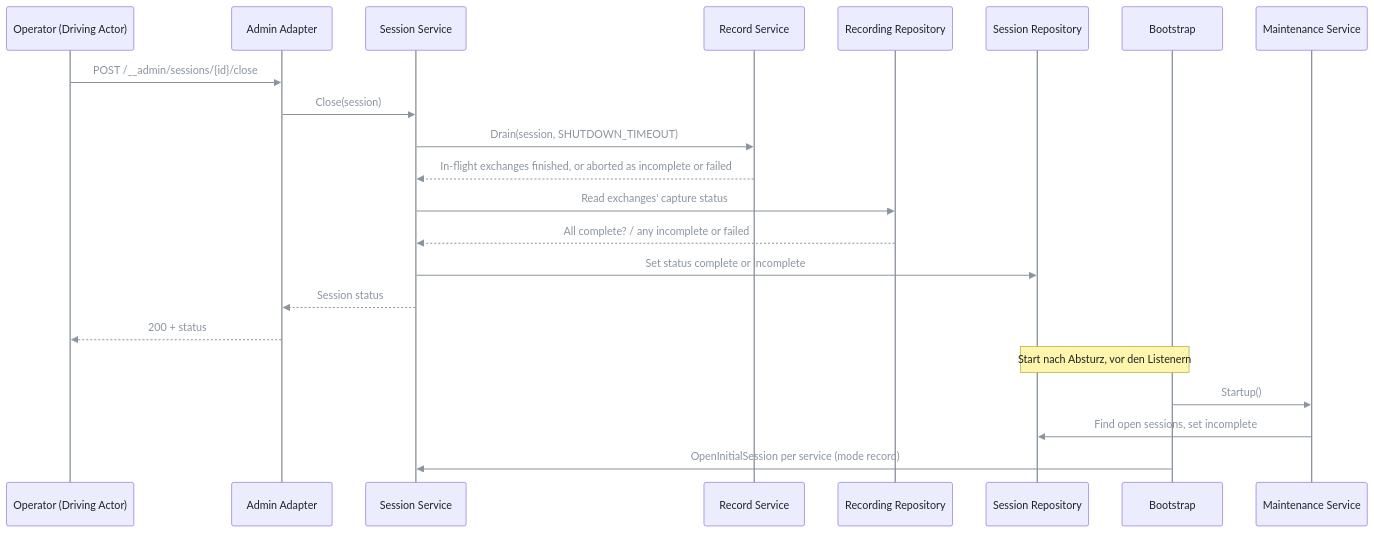
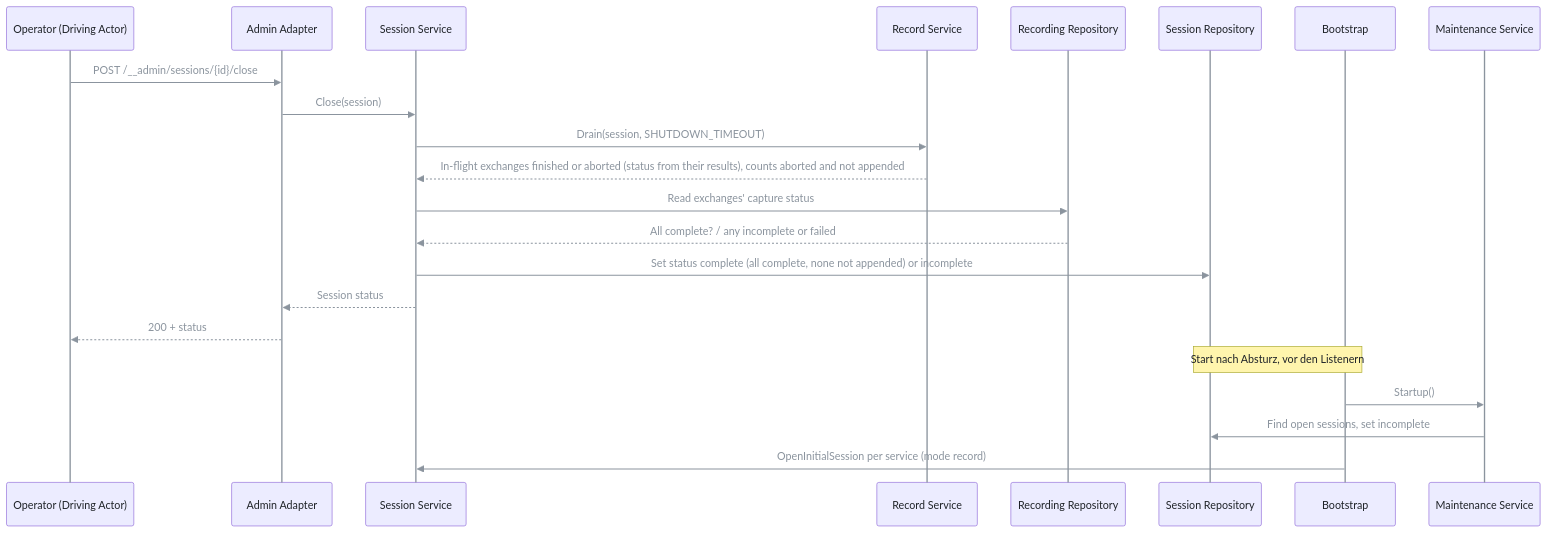
Before and after one commit to pt9912/odata-recorder: diagram 11 of 11 in spec/architecture.md, drawn with Mermaid. The commit also changed other lines of this file and 7 other files, not shown here.

````diff
--- a/spec/architecture.md
+++ b/spec/architecture.md
@@ -538,25 +538,25 @@
 ```mermaid
 %%{init: {'themeVariables': {'lineColor': '#8b949e', 'signalColor': '#8b949e', 'signalTextColor': '#8b949e', 'actorLineColor': '#8b949e', 'loopTextColor': '#8b949e', 'textColor': '#c9d1d9', 'primaryTextColor': '#1f2328', 'nodeTextColor': '#1f2328', 'actorTextColor': '#1f2328', 'noteTextColor': '#1f2328', 'edgeLabelBackground': '#30363d'}}}%%
 sequenceDiagram
     participant O as Operator (Driving Actor)
     participant A as Admin Adapter
     participant S as Session Service
     participant P as Record Service
     participant X as Recording Repository
     participant R as Session Repository
     participant B as Bootstrap
     participant M as Maintenance Service
     O->>A: POST /__admin/sessions/{id}/close
     A->>S: Close(session)
     S->>P: Drain(session, SHUTDOWN_TIMEOUT)
-    P-->>S: In-flight exchanges finished, or aborted as incomplete or failed
+    P-->>S: In-flight exchanges finished or aborted (status from their results), counts aborted and not appended
     S->>X: Read exchanges' capture status
     X-->>S: All complete? / any incomplete or failed
-    S->>R: Set status complete or incomplete
+    S->>R: Set status complete (all complete, none not appended) or incomplete
     S-->>A: Session status
     A-->>O: 200 + status
     Note over B,R: Start nach Absturz, vor den Listenern
     B->>M: Startup()
     M->>R: Find open sessions, set incomplete
     B->>S: OpenInitialSession per service (mode record)
 ```
````
